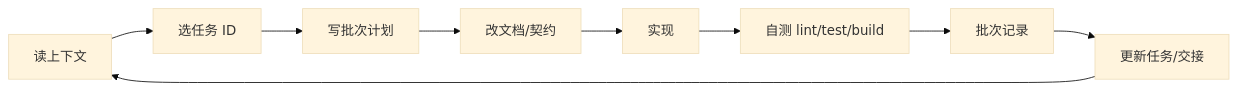
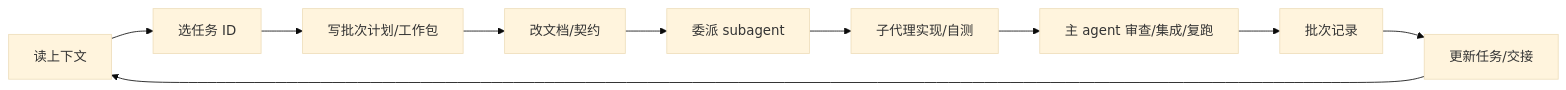
The fifth of 10 diagrams in docs/agent/18-workflows.md (plmt3742/IJieDong), drawn with Mermaid (base theme) before and after one commit. The commit also changed other lines of this file and 17 other files, not shown here.

````diff
--- a/docs/agent/18-workflows.md
+++ b/docs/agent/18-workflows.md
@@ -120,11 +120,12 @@
 ```mermaid
 flowchart LR
   A[读上下文] --> B[选任务 ID]
-  B --> C[写批次计划]
+  B --> C[写批次计划/工作包]
   C --> D[改文档/契约]
-  D --> E[实现]
-  E --> F[自测 lint/test/build]
-  F --> G[批次记录]
-  G --> H[更新任务/交接]
-  H --> A
+  D --> E[委派 subagent]
+  E --> F[子代理实现/自测]
+  F --> G[主 agent 审查/集成/复跑]
+  G --> H[批次记录]
+  H --> I[更新任务/交接]
+  I --> A
 ```
````
